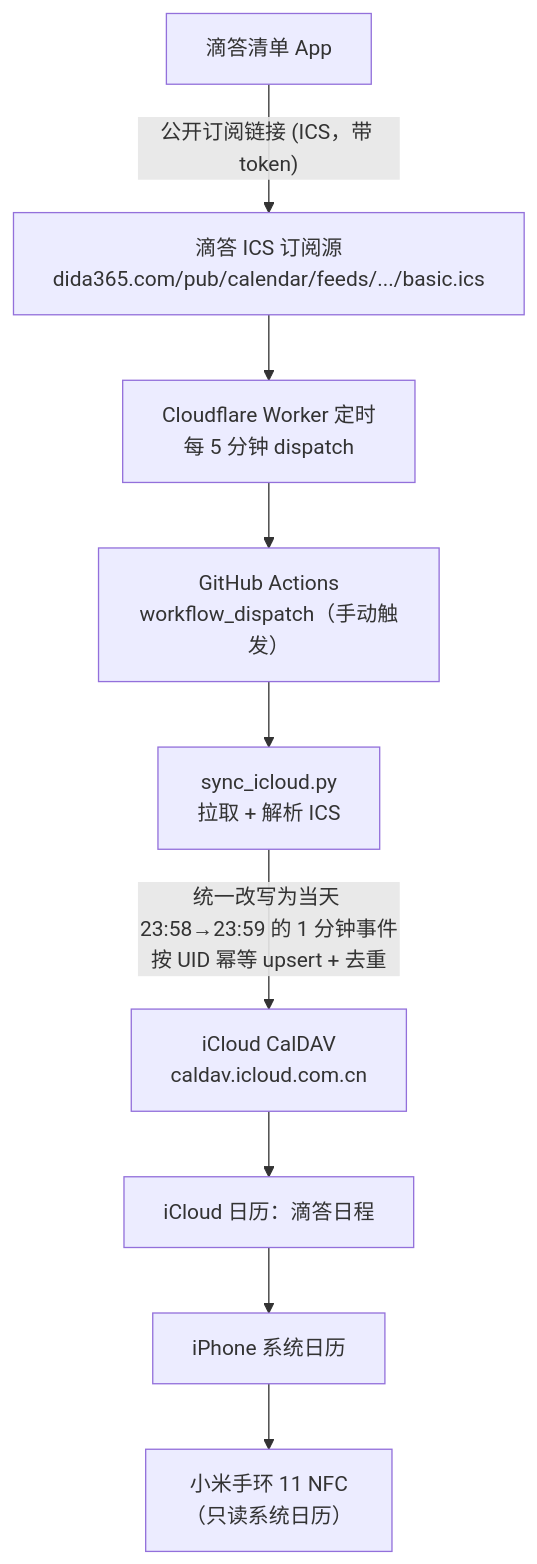
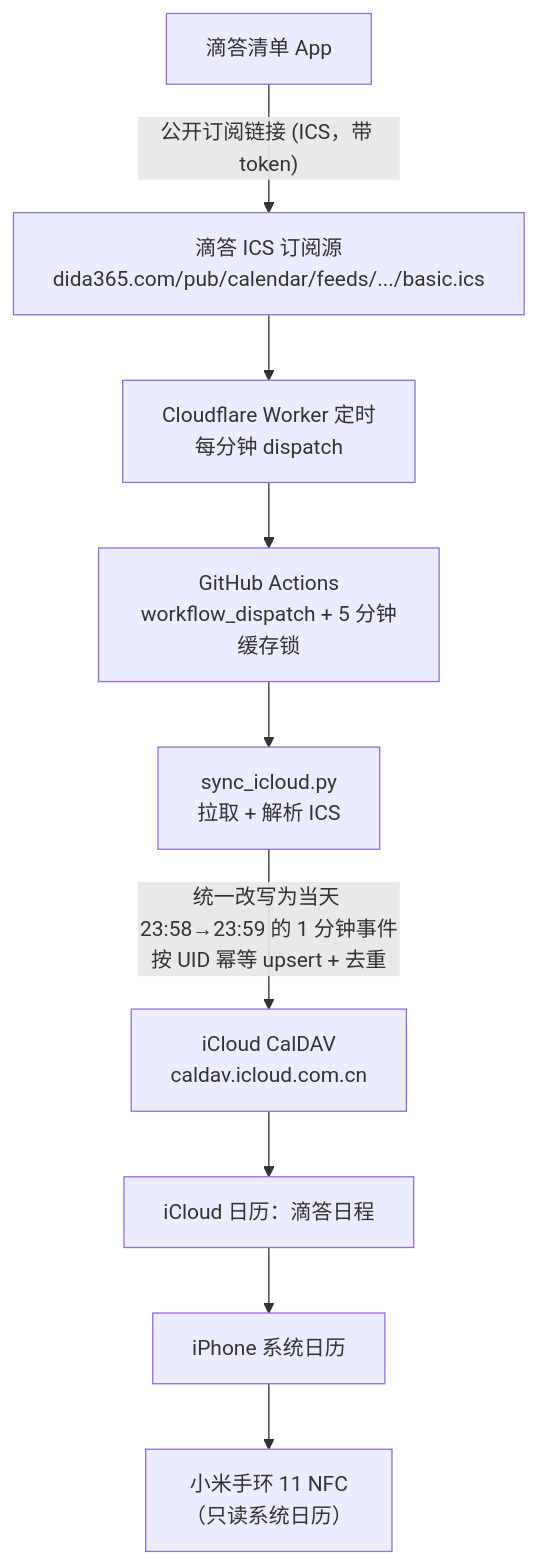
Before and after one commit to chenjiarui123/dida-ics-sync: the first of 2 diagrams in README.md, drawn with Mermaid. The commit also changed other lines of this file and 3 other files, not shown here.

````diff
--- a/README.md
+++ b/README.md
@@ -11,11 +11,11 @@
 ```mermaid
 flowchart TD
     A["滴答清单 App"] -->|"公开订阅链接 (ICS，带 token)"| B["滴答 ICS 订阅源<br/>dida365.com/pub/calendar/feeds/.../basic.ics"]
-    B --> C["Cloudflare Worker 定时<br/>每 5 分钟 dispatch"]
-    C --> CA["GitHub Actions<br/>workflow_dispatch（手动触发）"]
+    B --> C["Cloudflare Worker 定时<br/>每分钟 dispatch"]
+    C --> CA["GitHub Actions<br/>workflow_dispatch + 5 分钟缓存锁"]
     CA --> D["sync_icloud.py<br/>拉取 + 解析 ICS"]
     D -->|"统一改写为当天 23:58→23:59 的 1 分钟事件<br/>按 UID 幂等 upsert + 去重"| E["iCloud CalDAV<br/>caldav.icloud.com.cn"]
     E --> F["iCloud 日历：滴答日程"]
     F --> G["iPhone 系统日历"]
     G --> H["小米手环 11 NFC<br/>（只读系统日历）"]
 ```
````
